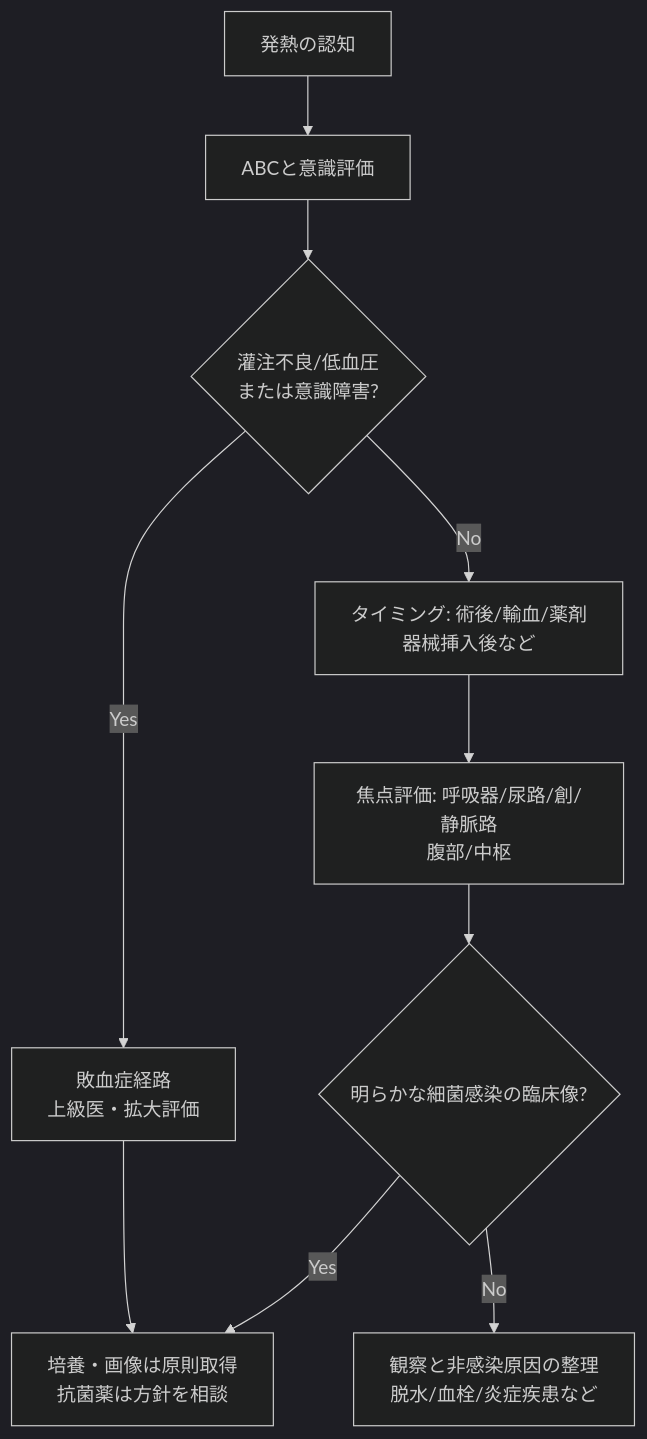
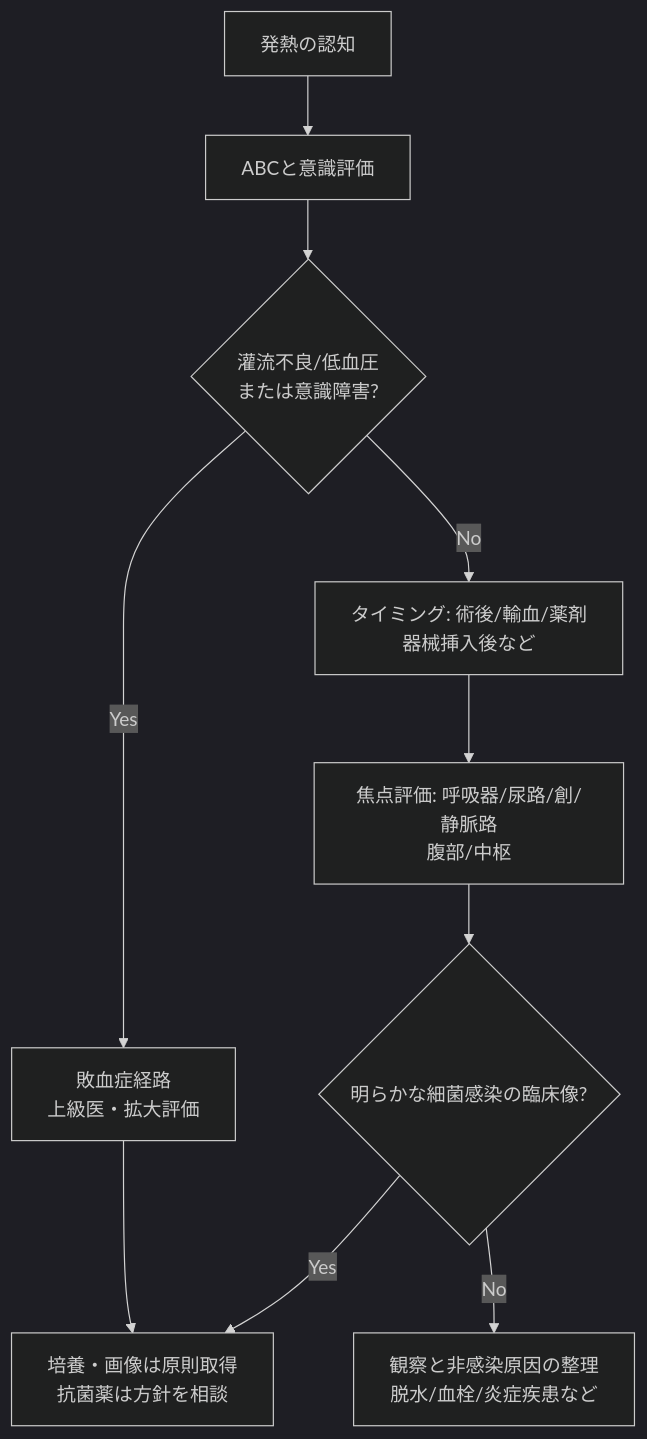
One commit to kazuakifukushima/minor-trouble changed the diagram in topics/vitals/fever.qmd. Above: the diagram before and after it, drawn with Mermaid (dark theme). The commit also changed other lines of this file and 4 other files, not shown here.

````diff
--- a/topics/vitals/fever.qmd
+++ b/topics/vitals/fever.qmd
@@ -24,12 +24,12 @@
 ```{mermaid}
 flowchart TD
   A[発熱の認知] --> B[ABCと意識評価]
-  B --> C{灌注不良/低血圧<br/>または意識障害?}
+  B --> C{灌流不良/低血圧<br/>または意識障害?}
   C -->|Yes| S[敗血症経路<br/>上級医・拡大評価]
   C -->|No| D[タイミング: 術後/輸血/薬剤<br/>器械挿入後など]
   D --> E[焦点評価: 呼吸器/尿路/創/静脈路<br/>腹部/中枢]
   E --> F{明らかな細菌感染の臨床像?}
   F -->|Yes| G[培養・画像は原則取得<br/>抗菌薬は方針を相談]
   F -->|No| H[観察と非感染原因の整理<br/>脱水/血栓/炎症疾患など]
   S --> G
 ```
````
